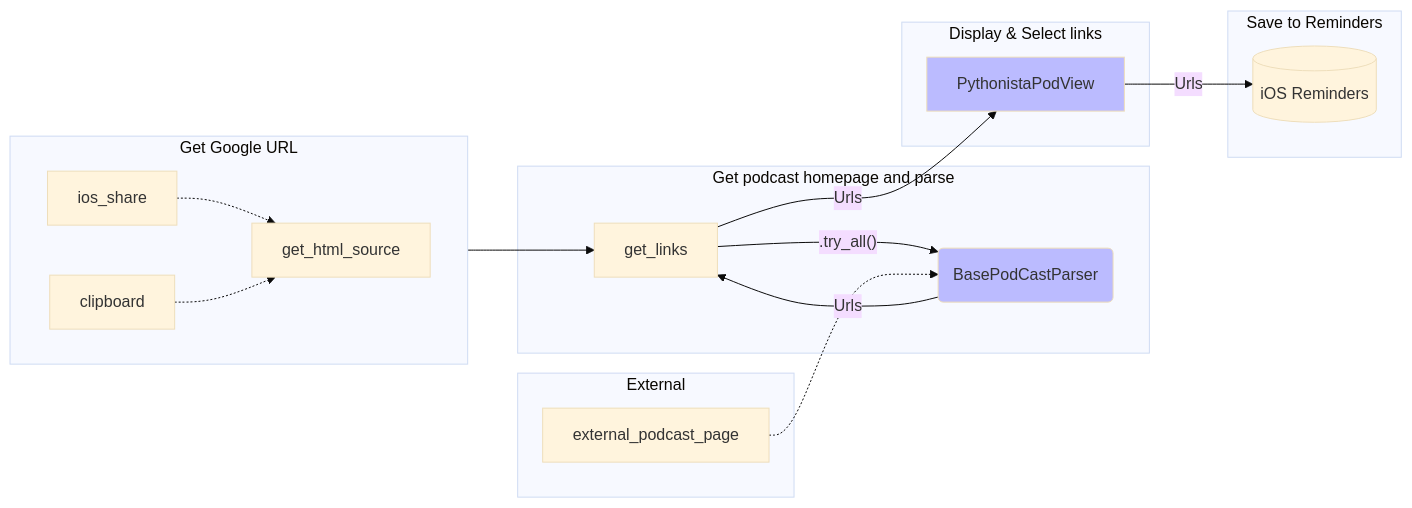
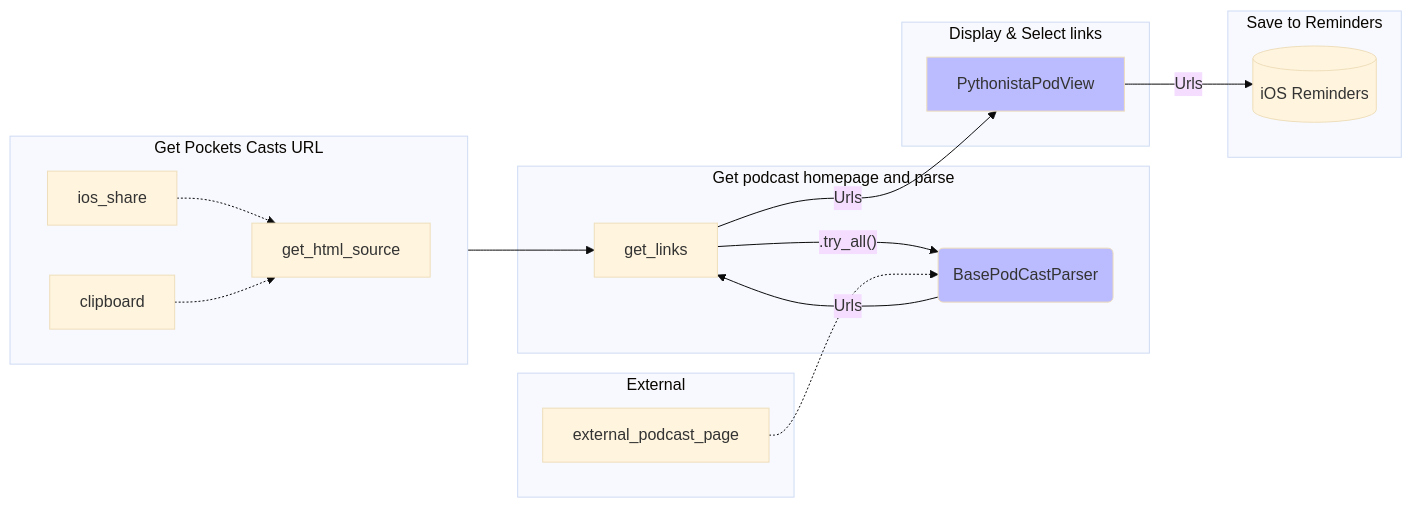
Before and after one commit to engdan77/memocast: the first of 2 diagrams in README.md, drawn with Mermaid (base theme). The commit also changed other lines of this file, not shown here.

First line of the commit message:
Update app from Google Podcasts to Pocket Casts

````diff
--- a/README.md
+++ b/README.md
@@ -147,29 +151,29 @@
 ```mermaid
 flowchart LR
-    subgraph get_url [Get Google URL]
+    subgraph get_url [Get Pockets Casts URL]
         direction LR
         ios_share -.-> get_html_source
         clipboard -.-> get_html_source
     end
     
     subgraph process [Get podcast homepage and parse]
         get_html_source --> get_links
         get_links -- ".try_all()" --> PodCastParser(BasePodCastParser)
         PodCastParser --Urls--> get_links
         style PodCastParser fill:#bbf
     end
 
     subgraph podcast [External]
         external_podcast_page -.-> PodCastParser
 
     end
 
     subgraph select [Display & Select links]
         get_links -- Urls --> PythonistaPodView 
         style PythonistaPodView fill:#bbf    
     end
 
     subgraph save [Save to Reminders]
         PythonistaPodView -- Urls --> Reminders[(iOS Reminders)]
     end
 ```
````
